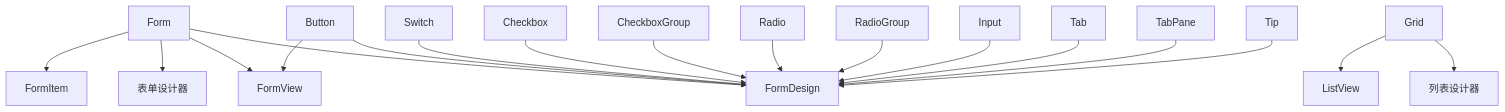
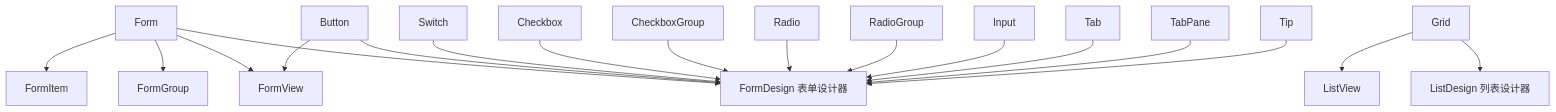
One commit to x-extends/vxe-ui-docs changed the fourth of 4 diagrams in framework.md. Above: the diagram before and after it, drawn with Mermaid.

````diff
--- a/framework.md
+++ b/framework.md
@@ -71,20 +71,20 @@
 ```mermaid
 graph TD;
-    Form-->FormGroup[表单设计器];
+    Form-->FormGroup;
     Form-->FormItem;
-    Form-->FormDesign;
+    Form-->FormDesign[FormDesign 表单设计器];
     Button-->FormDesign;
     Switch-->FormDesign;
     Checkbox-->FormDesign;
     CheckboxGroup-->FormDesign;
     Radio-->FormDesign;
     RadioGroup-->FormDesign;
     Input-->FormDesign;
     Tab-->FormDesign;
     TabPane-->FormDesign;
     Tip-->FormDesign;
     Form-->FormView;
     Button-->FormView;
-    Grid-->ListDesign[列表设计器];
+    Grid-->ListDesign[ListDesign 列表设计器];
     Grid-->ListView;
 ```
````
